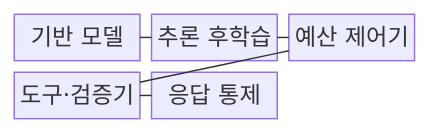
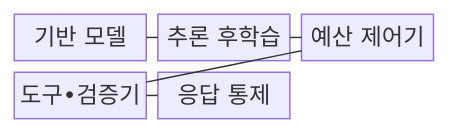
The first of 2 diagrams in src/content/docs/notes/08-latest-tech/041_reasoning_llm.md (agnusdei1207/knowledge-base), drawn with Mermaid before and after one commit. The commit also changed other lines of this file and 953 other files, not shown here.

````diff
--- a/src/content/docs/notes/08-latest-tech/041_reasoning_llm.md
+++ b/src/content/docs/notes/08-latest-tech/041_reasoning_llm.md
@@ -68,13 +68,13 @@
 ```mermaid
 block-beta
     columns 3
     B["기반 모델"]
     P["추론 후학습"]
     C["예산 제어기"]
-    T["도구·검증기"]
+    T["도구•검증기"]
     O["응답 통제"]
     B --- P
     P --- C
     C --- T
     T --- O
 ```
````
